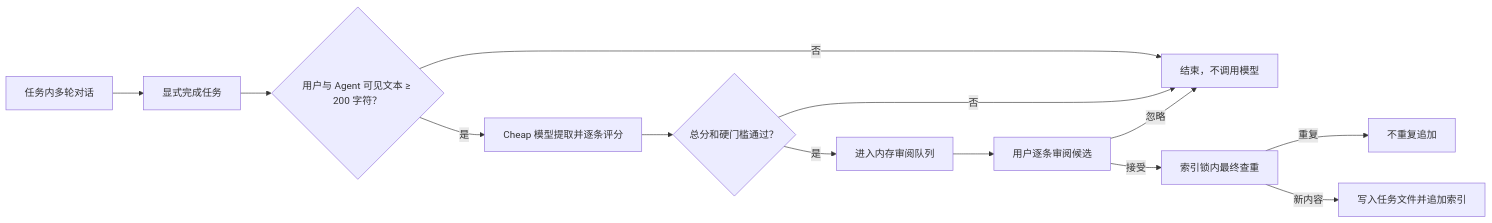
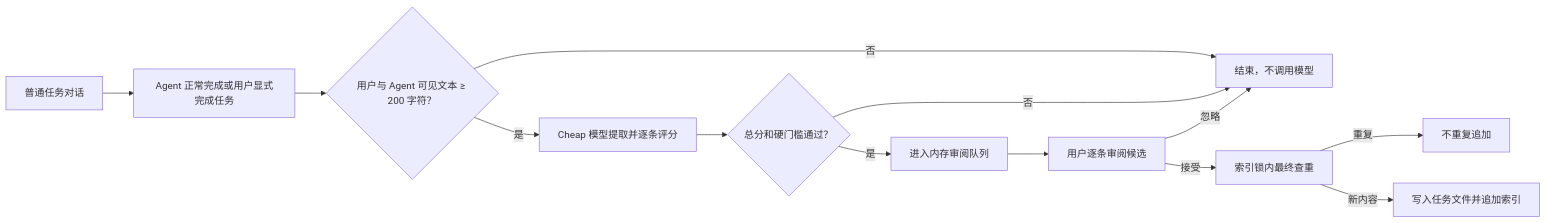
The diagram in docs/superpowers/specs/2026-07-22-task-memory-v2-design.md (YachuanWzh/flavor-code), drawn with Mermaid before and after one commit. The commit also changed other lines of this file and 15 other files, not shown here.

````diff
--- a/docs/superpowers/specs/2026-07-22-task-memory-v2-design.md
+++ b/docs/superpowers/specs/2026-07-22-task-memory-v2-design.md
@@ -19,15 +20,15 @@
 ```mermaid
 flowchart LR
-    A["任务内多轮对话"] --> B["显式完成任务"]
+    A["普通任务对话"] --> B["Agent 正常完成或用户显式完成任务"]
     B --> C{"用户与 Agent 可见文本 ≥ 200 字符？"}
     C -->|否| Z["结束，不调用模型"]
     C -->|是| D["Cheap 模型提取并逐条评分"]
     D --> E{"总分和硬门槛通过？"}
     E -->|否| Z
     E -->|是| F["进入内存审阅队列"]
     F --> G["用户逐条审阅候选"]
     G -->|忽略| Z
     G -->|接受| H["索引锁内最终查重"]
     H -->|重复| I["不重复追加"]
     H -->|新内容| J["写入任务文件并追加索引"]
 ```
````
